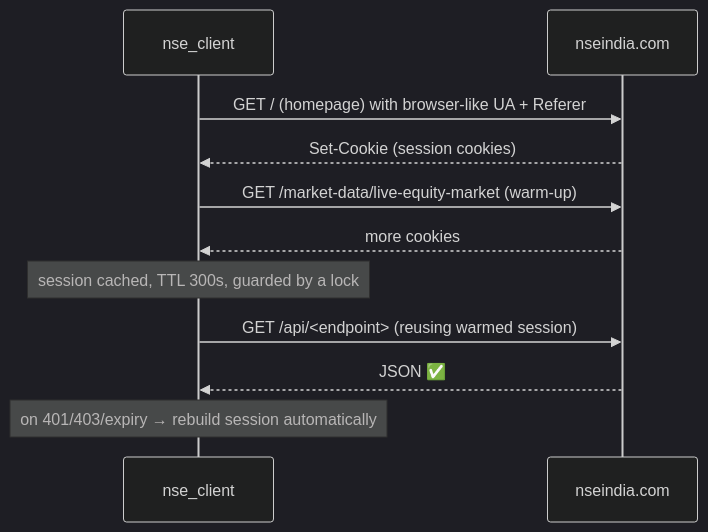
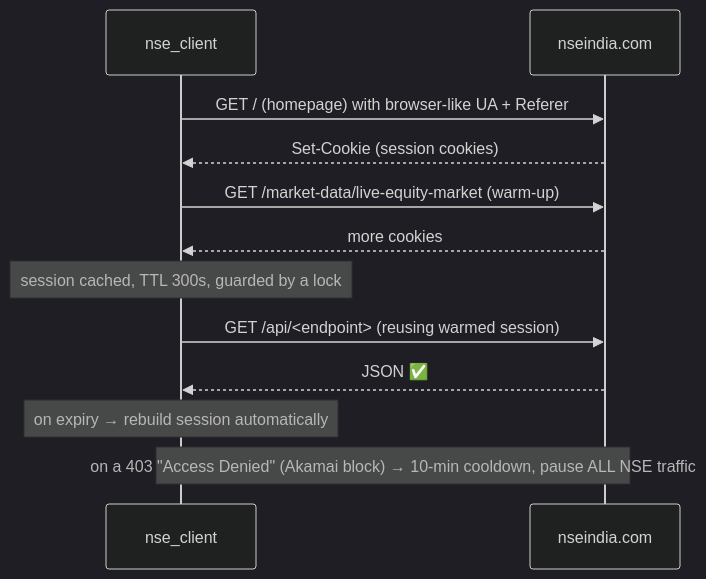
Before and after one commit to aakash-jain-1/nse-market-pulse: the eighth of 8 diagrams in README.md, drawn with Mermaid (dark theme). The commit also changed other lines of this file and 11 other files, not shown here.

First line of the commit message:
Akamai/WAF block backoff + gentle backfill pacing; 578 -> 595 tests

````diff
--- a/README.md
+++ b/README.md
@@ -830,13 +836,14 @@
 ```mermaid
 sequenceDiagram
     participant C as nse_client
     participant N as nseindia.com
     C->>N: GET / (homepage) with browser-like UA + Referer
     N-->>C: Set-Cookie (session cookies)
     C->>N: GET /market-data/live-equity-market (warm-up)
     N-->>C: more cookies
     Note over C: session cached, TTL 300s, guarded by a lock
     C->>N: GET /api/<endpoint> (reusing warmed session)
     N-->>C: JSON ✅
-    Note over C: on 401/403/expiry → rebuild session automatically
+    Note over C: on expiry → rebuild session automatically
+    Note over C,N: on a 403 "Access Denied" (Akamai block) → 10-min cooldown, pause ALL NSE traffic
 ```
````
